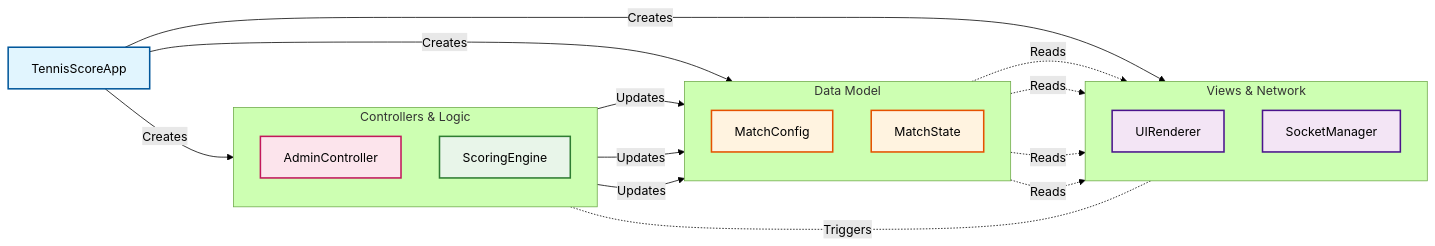
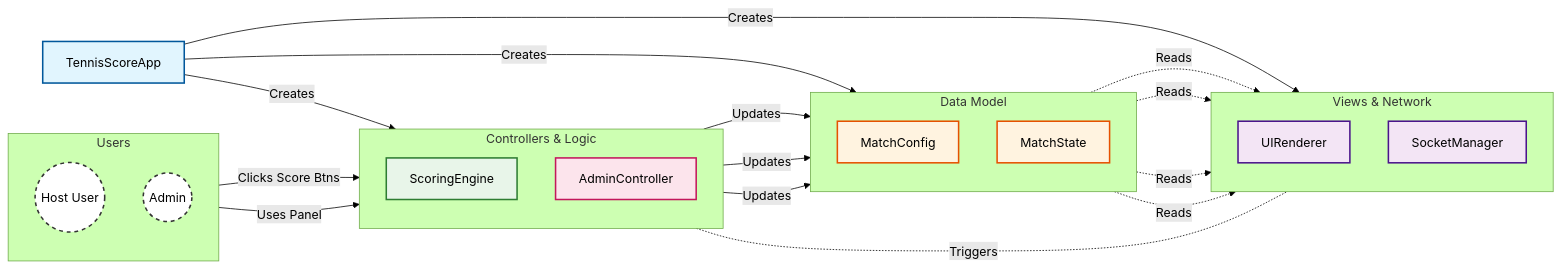
Before and after one commit to victorvos/tennis-score: the diagram in README.md, drawn with Mermaid (forest theme).

Commit message:
docs: Add actor definitions and user input flow to the architecture diagram in README.

````diff
--- a/README.md
+++ b/README.md
@@ -66,53 +66,65 @@
 ```mermaid
 graph LR
     %% Styling Classes
     classDef main fill:#e1f5fe,stroke:#01579b,stroke-width:2px,color:black
     classDef control fill:#fce4ec,stroke:#c2185b,stroke-width:2px,color:black
     classDef logic fill:#e8f5e9,stroke:#2e7d32,stroke-width:2px,color:black
     classDef data fill:#fff3e0,stroke:#e65100,stroke-width:2px,color:black
     classDef view fill:#f3e5f5,stroke:#4a148c,stroke-width:2px,color:black
+    classDef actor fill:#fff,stroke:#333,stroke-width:2px,color:black,stroke-dasharray: 5 5
 
-    %% 1. Initialization (Top)
+    %% 1. Actors (Input Sources)
+    subgraph Actors [Users]
+        direction TB
+        Host((Host User)):::actor
+        AdminUser((Admin)):::actor
+    end
+
+    %% 2. Initialization (Top)
     App[TennisScoreApp]:::main
 
-    %% 2. Controllers (Left)
+    %% 3. Controllers (Left)
     subgraph Inputs [Controllers & Logic]
         direction TB
+        Scoring[ScoringEngine]:::logic
         Admin[AdminController]:::control
-        Scoring[ScoringEngine]:::logic
     end
 
-    %% 3. Model (Center)
+    %% 4. Model (Center)
     subgraph Model [Data Model]
         direction TB
         Config[MatchConfig]:::data
         State[MatchState]:::data
     end
 
-    %% 4. Views (Right)
+    %% 5. Views (Right)
     subgraph Outputs [Views & Network]
         direction TB
         Renderer[UIRenderer]:::view
         Socket[SocketManager]:::view
     end
 
     %% Wiring (Initialization)
     App -- Creates --> Inputs
     App -- Creates --> Model
     App -- Creates --> Outputs
+
+    %% User Input Flow
+    Host -- Clicks Score Btns --> Scoring
+    AdminUser -- Uses Panel --> Admin
 
     %% Data Flow (Left to Right)
     Admin -->|Updates| Config
     Admin -->|Updates| State
     Scoring -->|Updates| State
 
     %% Read Flow
     Config -.->|Reads| Renderer
     State -.->|Reads| Renderer
     
     Config -.->|Reads| Socket
     State -.->|Reads| Socket
 
     %% Triggers
     Admin -.-|Triggers| Renderer
 ```
````
